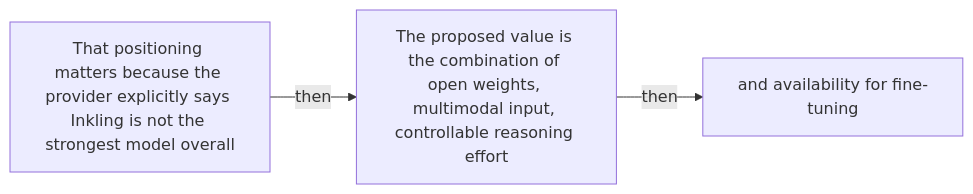
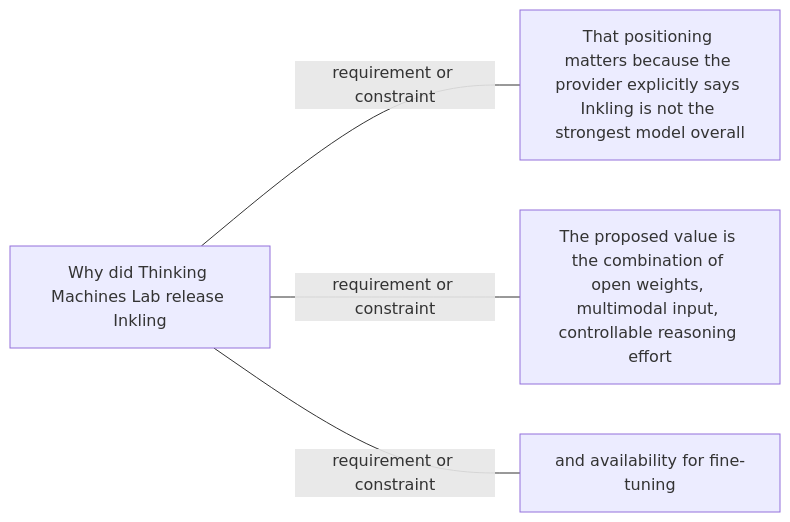
The sixth of 57 diagrams in docs/visual-manifests/VISUAL_MANIFEST_INKLING.md (Betancourt1/paper_atlas), drawn with Mermaid before and after one commit. The commit also changed other lines of this file and 7 other files, not shown here.

````diff
--- a/docs/visual-manifests/VISUAL_MANIFEST_INKLING.md
+++ b/docs/visual-manifests/VISUAL_MANIFEST_INKLING.md
@@ -424,8 +428,10 @@
 ```mermaid
 flowchart LR
-  n1["That positioning matters because the provider explicitly says Inkling is not the strongest model overall"]
-  n2["The proposed value is the combination of open weights, multimodal input, controllable reasoning effort"]
-  n3["and availability for fine-tuning"]
-  n1 -->|"then"| n2
-  n2 -->|"then"| n3
+  center["Why did Thinking Machines Lab release Inkling"]
+  f1["That positioning matters because the provider explicitly says Inkling is not the strongest model overall"]
+  f2["The proposed value is the combination of open weights, multimodal input, controllable reasoning effort"]
+  f3["and availability for fine-tuning"]
+  center ---|"requirement or constraint"| f1
+  center ---|"requirement or constraint"| f2
+  center ---|"requirement or constraint"| f3
 ```
````
